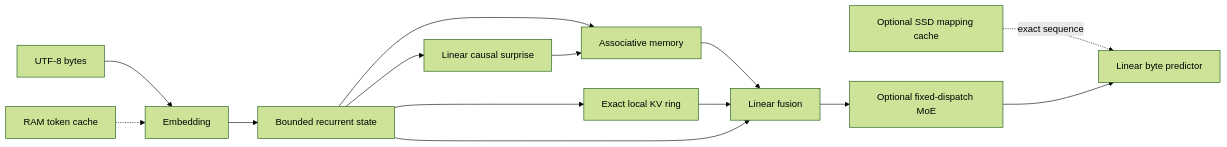
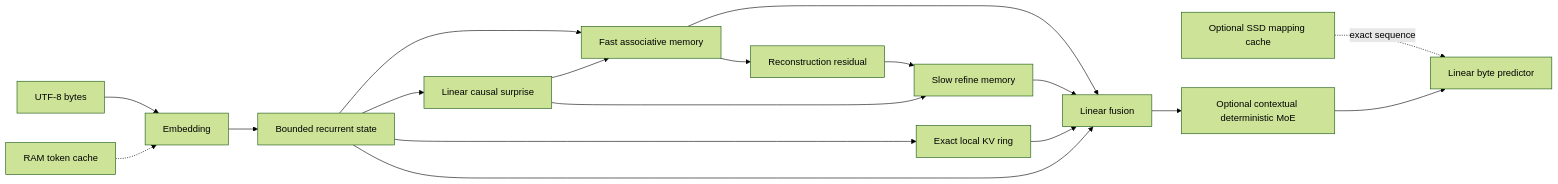
The diagram in README.md (Koemi-AI/Koemi-1FPA), drawn with Mermaid (forest theme) before and after one commit. The commit also changed other lines of this file and 19 other files, not shown here.

````diff
--- a/README.md
+++ b/README.md
@@ -91,16 +96,20 @@
 ```mermaid
 flowchart LR
     Input[UTF-8 bytes] --> Embedding
     Warm[RAM token cache] -.-> Embedding
     Disk[Optional SSD mapping cache] -. exact sequence .-> Output
     Embedding --> Recurrent[Bounded recurrent state]
-    Recurrent --> Associative[Associative memory]
+    Recurrent --> Fast[Fast associative memory]
+    Fast --> Residual[Reconstruction residual]
+    Residual --> Slow[Slow refine memory]
     Recurrent --> Local[Exact local KV ring]
     Recurrent --> Surprise[Linear causal surprise]
-    Surprise --> Associative
-    Associative --> Fusion[Linear fusion]
+    Surprise --> Fast
+    Surprise --> Slow
+    Fast --> Fusion[Linear fusion]
+    Slow --> Fusion
     Local --> Fusion
     Recurrent --> Fusion
-    Fusion --> MoE[Optional fixed-dispatch MoE]
+    Fusion --> MoE[Optional contextual deterministic MoE]
     MoE --> Output[Linear byte predictor]
 ```
````
